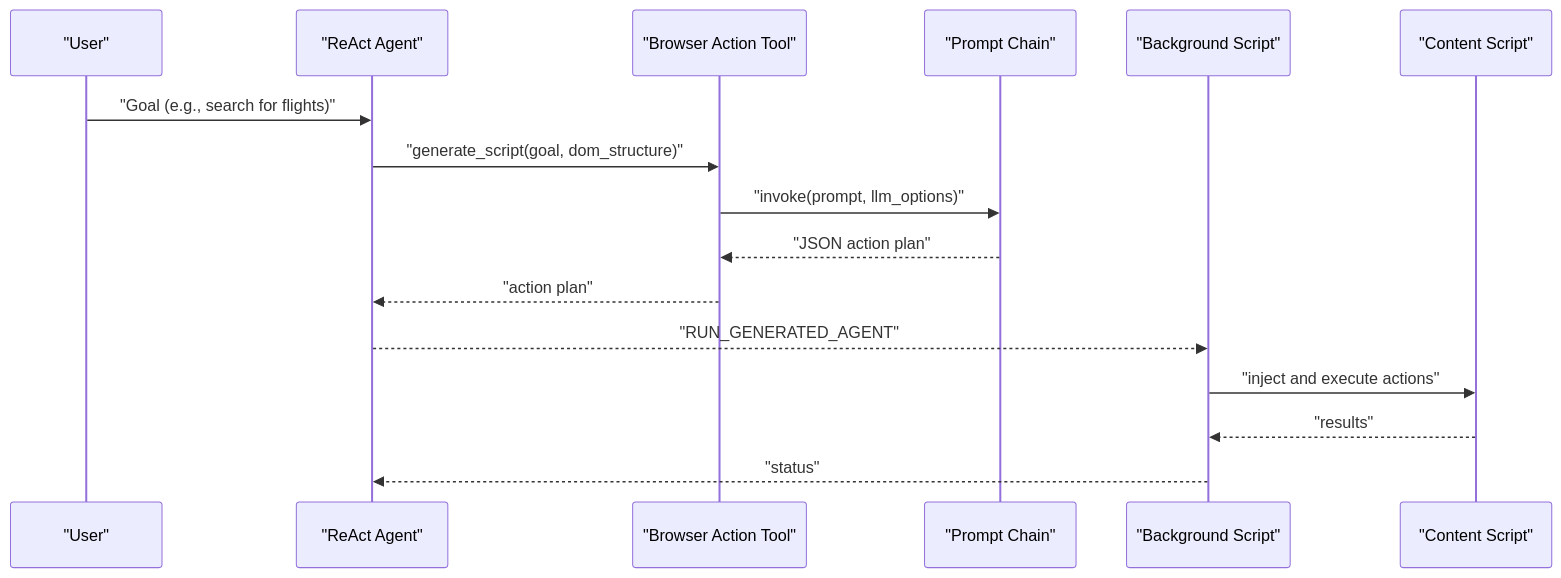
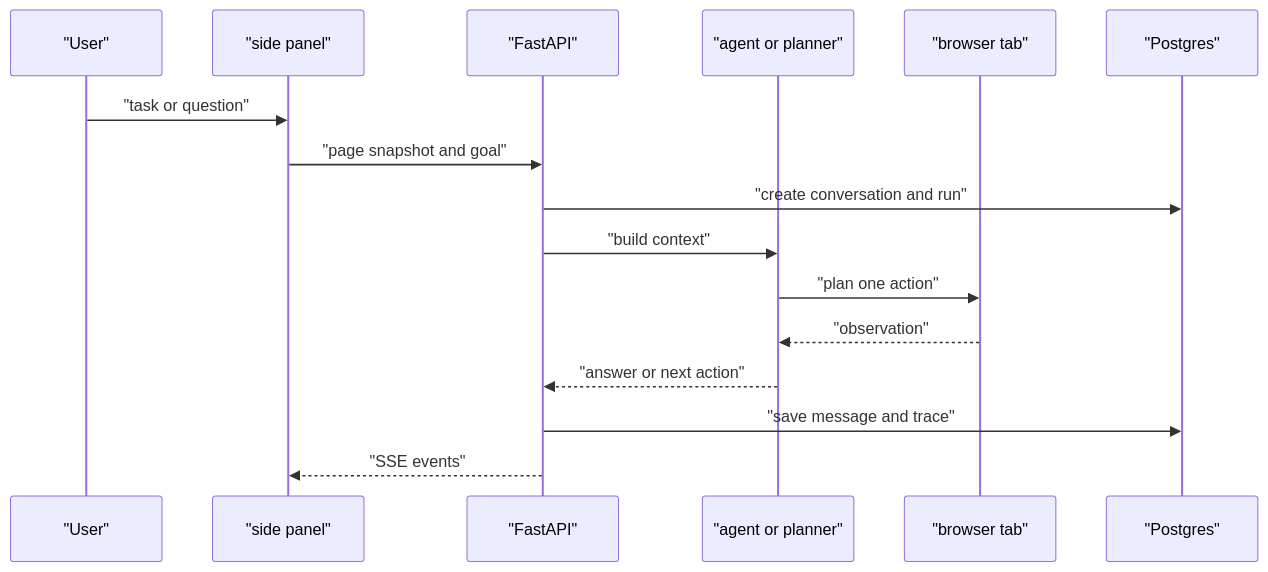
Before and after one commit to tashifkhan/tashif.codes: the third of 5 diagrams in src/data/docs/agentic-browser/Project Overview.md, drawn with Mermaid. The commit also changed other lines of this file and 114 other files, not shown here.

````diff
--- a/src/data/docs/agentic-browser/Project Overview.md
+++ b/src/data/docs/agentic-browser/Project Overview.md
@@ -185,18 +90,18 @@
 ```mermaid
 sequenceDiagram
-participant User as "User"
-participant Agent as "ReAct Agent"
-participant BA as "Browser Action Tool"
-participant PU as "Prompt Chain"
-participant BG as "Background Script"
-participant CT as "Content Script"
-User->>Agent : "Goal (e.g., search for flights)"
-Agent->>BA : "generate_script(goal, dom_structure)"
-BA->>PU : "invoke(prompt, llm_options)"
-PU-->>BA : "JSON action plan"
-BA-->>Agent : "action plan"
-Agent-->>BG : "RUN_GENERATED_AGENT"
-BG->>CT : "inject and execute actions"
-CT-->>BG : "results"
-BG-->>Agent : "status"
+  participant User as "User"
+  participant Panel as "side panel"
+  participant API as "FastAPI"
+  participant Agent as "agent or planner"
+  participant Page as "browser tab"
+  participant DB as "Postgres"
+  User->>Panel : "task or question"
+  Panel->>API : "page snapshot and goal"
+  API->>DB : "create conversation and run"
+  API->>Agent : "build context"
+  Agent->>Page : "plan one action"
+  Page-->>Agent : "observation"
+  Agent-->>API : "answer or next action"
+  API->>DB : "save message and trace"
+  API-->>Panel : "SSE events"
 ```
````
